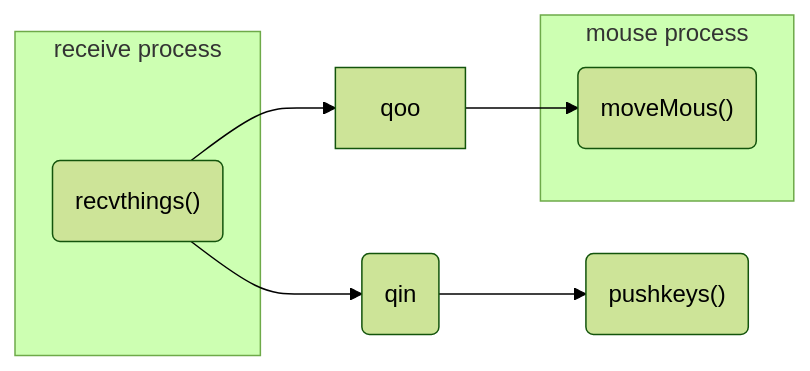
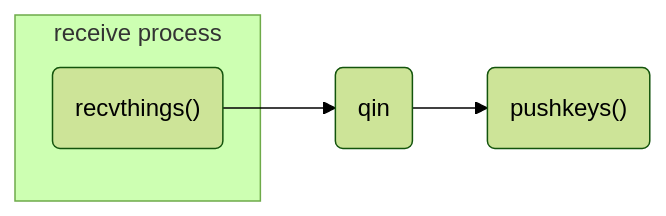
One commit to pxp888/keeb changed the second of 2 diagrams in README.md. Above: the diagram before and after it, drawn with Mermaid (forest theme). The commit also changed other lines of this file and 2 other files, not shown here.

````diff
--- a/README.md
+++ b/README.md
@@ -55,20 +63,15 @@
 ```mermaid
 graph LR
 rcv("recvthings()")
 pk("pushkeys()")
-mm("moveMous()")
+
 qin(qin)
 
 rcv --> qin --> pk
-rcv --> qoo --> mm
-
 
 subgraph "receive process"
     rcv
 end
 
-subgraph "mouse process"
-    mm
-end
 
 ```
````
